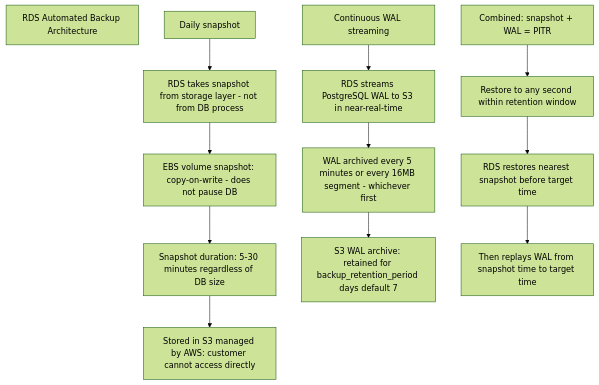
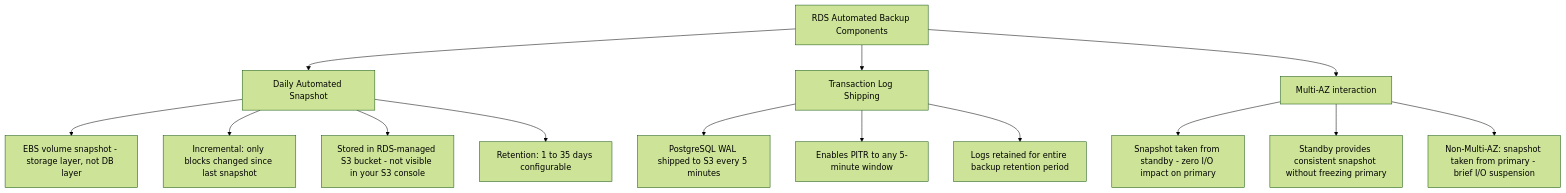
The tenth of 11 diagrams in docs-site/content/12-interview-prep/question-bank/databases/database-backup-recovery.md (gauravprwl14/system-design-course), drawn with Mermaid (forest theme) before and after one commit. The commit also changed other lines of this file and 3 other files, not shown here.

````diff
--- a/docs-site/content/12-interview-prep/question-bank/databases/database-backup-recovery.md
+++ b/docs-site/content/12-interview-prep/question-bank/databases/database-backup-recovery.md
@@ -450,20 +425,20 @@
 ```mermaid
 graph TD
-  A[RDS Automated Backup Architecture]
+  A[RDS Automated Backup Components]
 
-  B[Daily snapshot]
-  B --> C[RDS takes snapshot from storage layer - not from DB process]
-  C --> D[EBS volume snapshot: copy-on-write - does not pause DB]
-  D --> E[Snapshot duration: 5-30 minutes regardless of DB size]
-  E --> F[Stored in S3 managed by AWS: customer cannot access directly]
+  A --> B[Daily Automated Snapshot]
+  B --> B1[EBS volume snapshot - storage layer, not DB layer]
+  B --> B2[Incremental: only blocks changed since last snapshot]
+  B --> B3[Stored in RDS-managed S3 bucket - not visible in your S3 console]
+  B --> B4[Retention: 1 to 35 days configurable]
 
-  G[Continuous WAL streaming]
-  G --> H[RDS streams PostgreSQL WAL to S3 in near-real-time]
-  H --> I[WAL archived every 5 minutes or every 16MB segment - whichever first]
-  I --> J[S3 WAL archive: retained for backup_retention_period days default 7]
+  A --> C[Transaction Log Shipping]
+  C --> C1[PostgreSQL WAL shipped to S3 every 5 minutes]
+  C --> C2[Enables PITR to any 5-minute window]
+  C --> C3[Logs retained for entire backup retention period]
 
-  K[Combined: snapshot + WAL = PITR]
-  K --> L[Restore to any second within retention window]
-  L --> M[RDS restores nearest snapshot before target time]
-  M --> N[Then replays WAL from snapshot time to target time]
+  A --> D[Multi-AZ interaction]
+  D --> D1[Snapshot taken from standby - zero I/O impact on primary]
+  D --> D2[Standby provides consistent snapshot without freezing primary]
+  D --> D3[Non-Multi-AZ: snapshot taken from primary - brief I/O suspension]
 ```
````
